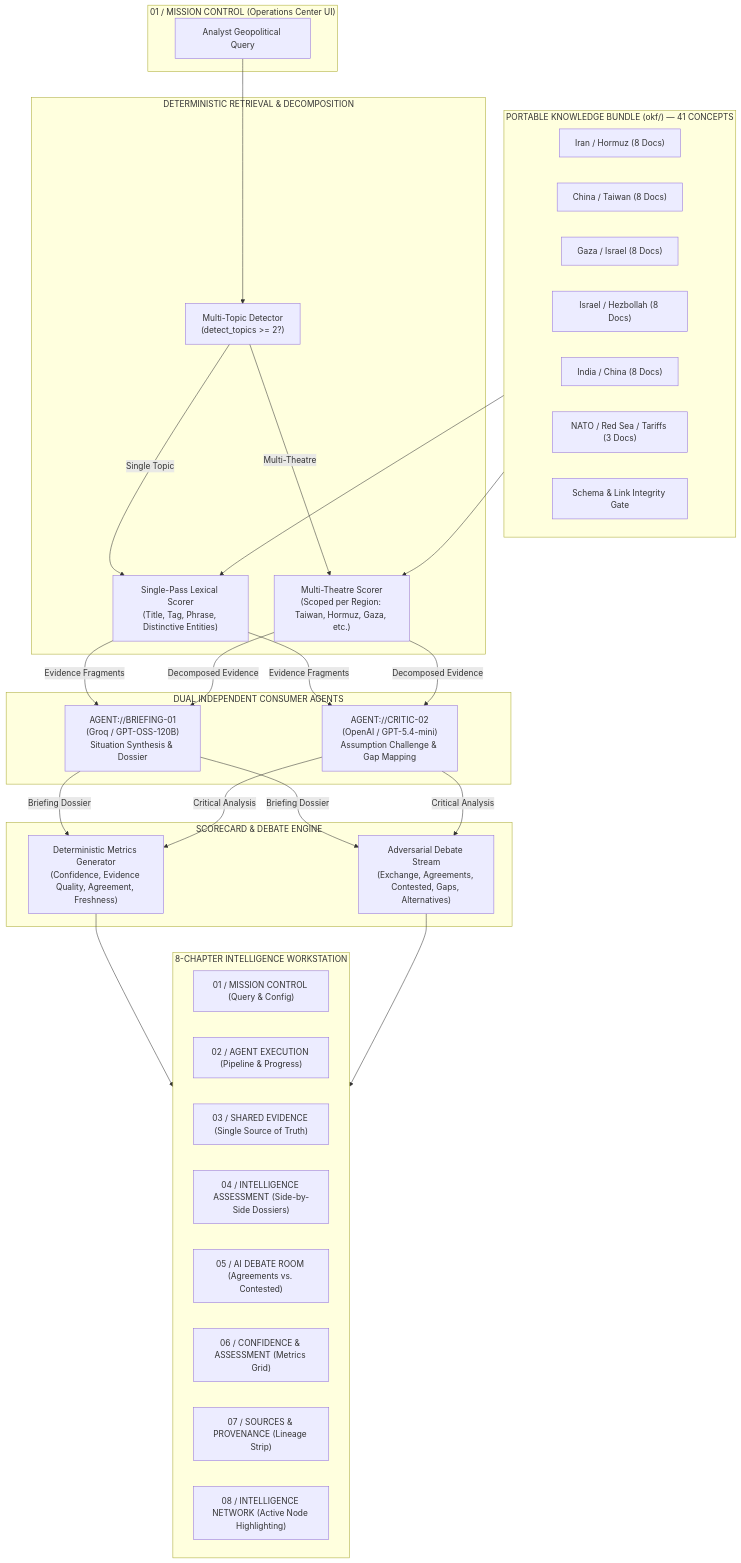
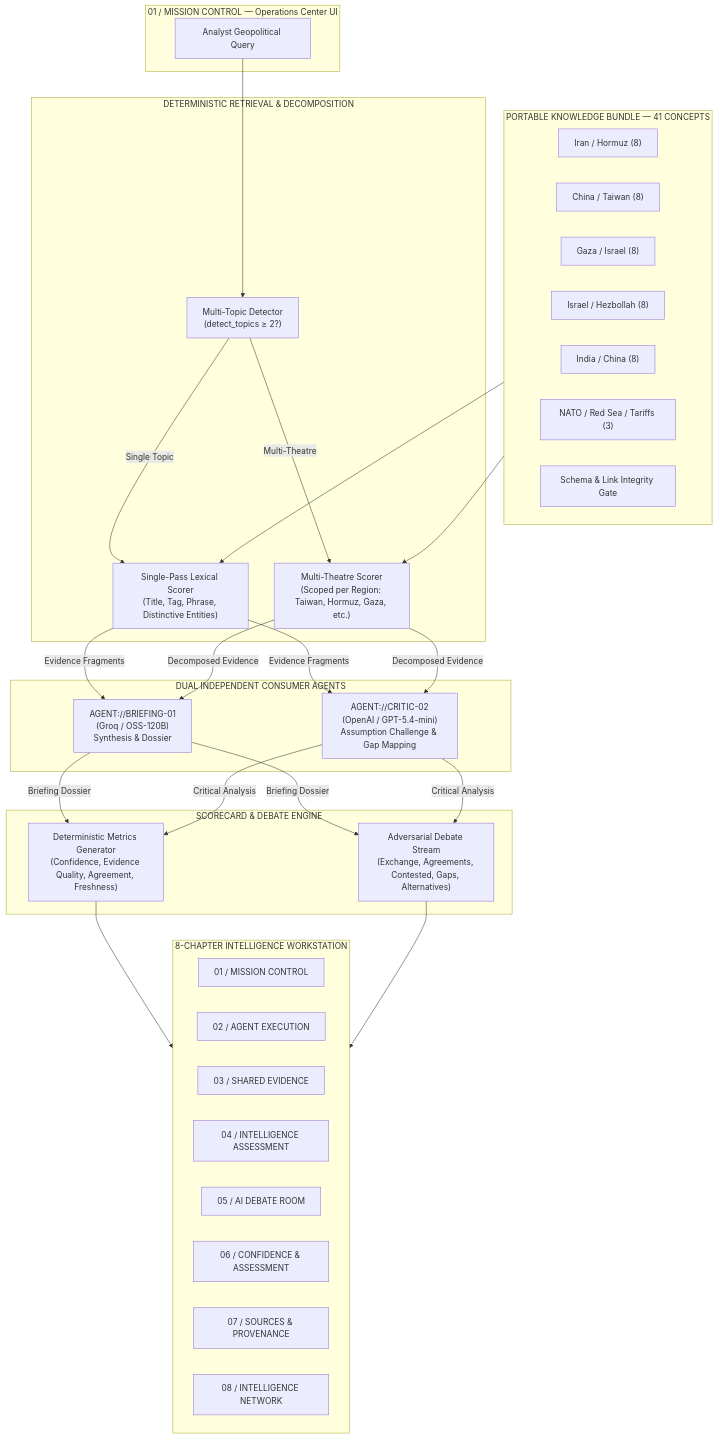
One commit to JustXutkarsh/OKF changed the diagram in README.md. Above: the diagram before and after it, drawn with Mermaid. The commit also changed other lines of this file, not shown here.

````diff
--- a/README.md
+++ b/README.md
@@ -77,61 +103,59 @@
 ```mermaid
 graph TD
-    subgraph UI ["01 / MISSION CONTROL (Operations Center UI)"]
+    subgraph UI ["01 / MISSION CONTROL — Operations Center UI"]
         UserQuery["Analyst Geopolitical Query"]
     end
 
-    subgraph RETRIEVAL_ENGINE ["DETERMINISTIC RETRIEVAL & DECOMPOSITION"]
-        TopicDetector["Multi-Topic Detector\n(detect_topics >= 2?)"]
-        SingleLexical["Single-Pass Lexical Scorer\n(Title, Tag, Phrase, Distinctive Entities)"]
-        MultiLexical["Multi-Theatre Scorer\n(Scoped per Region: Taiwan, Hormuz, Gaza, etc.)"]
+    subgraph RETRIEVAL ["DETERMINISTIC RETRIEVAL & DECOMPOSITION"]
+        TopicDetector["Multi-Topic Detector<br/>(detect_topics ≥ 2?)"]
+        SingleLexical["Single-Pass Lexical Scorer<br/>(Title, Tag, Phrase, Distinctive Entities)"]
+        MultiLexical["Multi-Theatre Scorer<br/>(Scoped per Region: Taiwan, Hormuz, Gaza, etc.)"]
         TopicDetector -->|Single Topic| SingleLexical
         TopicDetector -->|Multi-Theatre| MultiLexical
     end
 
-    subgraph KNOWLEDGE_LAYER ["PORTABLE KNOWLEDGE BUNDLE (okf/) — 41 CONCEPTS"]
-        Hormuz["Iran / Hormuz (8 Docs)"]
-        Taiwan["China / Taiwan (8 Docs)"]
-        Gaza["Gaza / Israel (8 Docs)"]
-        Lebanon["Israel / Hezbollah (8 Docs)"]
-        IndiaChina["India / China (8 Docs)"]
-        Context["NATO / Red Sea / Tariffs (3 Docs)"]
+    subgraph BUNDLE ["PORTABLE KNOWLEDGE BUNDLE — 41 CONCEPTS"]
+        Hormuz["Iran / Hormuz (8)"]
+        Taiwan["China / Taiwan (8)"]
+        Gaza["Gaza / Israel (8)"]
+        Lebanon["Israel / Hezbollah (8)"]
+        IndiaChina["India / China (8)"]
+        Context["NATO / Red Sea / Tariffs (3)"]
         Validator["Schema & Link Integrity Gate"]
     end
 
-    subgraph DUAL_AGENTS ["DUAL INDEPENDENT CONSUMER AGENTS"]
-        BriefingAgent["AGENT://BRIEFING-01\n(Groq / GPT-OSS-120B)\nSituation Synthesis & Dossier"]
-        CriticAgent["AGENT://CRITIC-02\n(OpenAI / GPT-5.4-mini)\nAssumption Challenge & Gap Mapping"]
+    subgraph AGENTS ["DUAL INDEPENDENT CONSUMER AGENTS"]
+        BriefingAgent["AGENT://BRIEFING-01<br/>(Groq / OSS-120B)<br/>Synthesis & Dossier"]
+        CriticAgent["AGENT://CRITIC-02<br/>(OpenAI / GPT-5.4-mini)<br/>Assumption Challenge & Gap Mapping"]
     end
 
-    subgraph COMPARISON_ENGINE ["SCORECARD & DEBATE ENGINE"]
-        Scorecard["Deterministic Metrics Generator\n(Confidence, Evidence Quality, Agreement, Freshness)"]
-        DebateStream["Adversarial Debate Stream\n(Exchange, Agreements, Contested, Gaps, Alternatives)"]
+    subgraph ENGINE ["SCORECARD & DEBATE ENGINE"]
+        Scorecard["Deterministic Metrics Generator<br/>(Confidence, Evidence Quality, Agreement, Freshness)"]
+        DebateStream["Adversarial Debate Stream<br/>(Exchange, Agreements, Contested, Gaps, Alternatives)"]
     end
 
     subgraph WORKSTATION ["8-CHAPTER INTELLIGENCE WORKSTATION"]
-        Sec01["01 / MISSION CONTROL (Query & Config)"]
-        Sec02["02 / AGENT EXECUTION (Pipeline & Progress)"]
-        Sec03["03 / SHARED EVIDENCE (Single Source of Truth)"]
-        Sec04["04 / INTELLIGENCE ASSESSMENT (Side-by-Side Dossiers)"]
-        Sec05["05 / AI DEBATE ROOM (Agreements vs. Contested)"]
-        Sec06["06 / CONFIDENCE & ASSESSMENT (Metrics Grid)"]
-        Sec07["07 / SOURCES & PROVENANCE (Lineage Strip)"]
-        Sec08["08 / INTELLIGENCE NETWORK (Active Node Highlighting)"]
+        Sec01["01 / MISSION CONTROL"]
+        Sec02["02 / AGENT EXECUTION"]
+        Sec03["03 / SHARED EVIDENCE"]
+        Sec04["04 / INTELLIGENCE ASSESSMENT"]
+        Sec05["05 / AI DEBATE ROOM"]
+        Sec06["06 / CONFIDENCE & ASSESSMENT"]
+        Sec07["07 / SOURCES & PROVENANCE"]
+        Sec08["08 / INTELLIGENCE NETWORK"]
     end
 
     UserQuery --> TopicDetector
-    KNOWLEDGE_LAYER --> SingleLexical
-    KNOWLEDGE_LAYER --> MultiLexical
+    BUNDLE --> SingleLexical
+    BUNDLE --> MultiLexical
     SingleLexical -->|Evidence Fragments| BriefingAgent
     SingleLexical -->|Evidence Fragments| CriticAgent
     MultiLexical -->|Decomposed Evidence| BriefingAgent
     MultiLexical -->|Decomposed Evidence| CriticAgent
-
     BriefingAgent -->|Briefing Dossier| Scorecard
     CriticAgent -->|Critical Analysis| Scorecard
     BriefingAgent -->|Briefing Dossier| DebateStream
     CriticAgent -->|Critical Analysis| DebateStream
-
     Scorecard --> WORKSTATION
     DebateStream --> WORKSTATION
 ```
````
